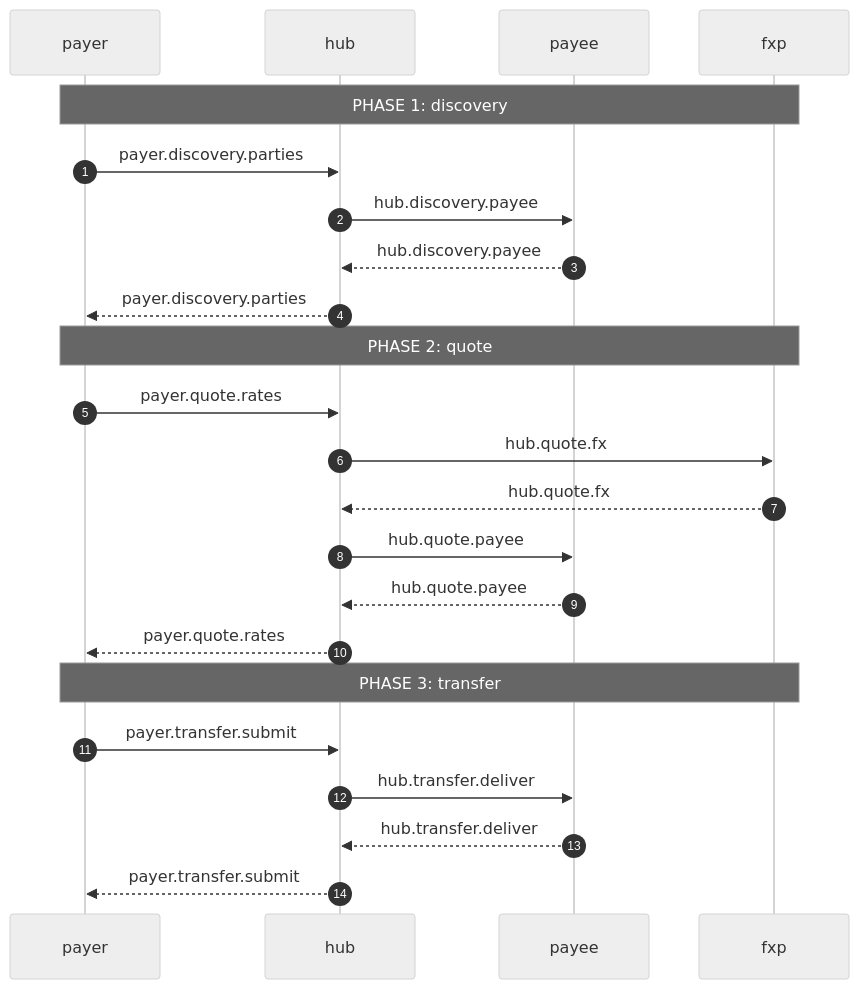
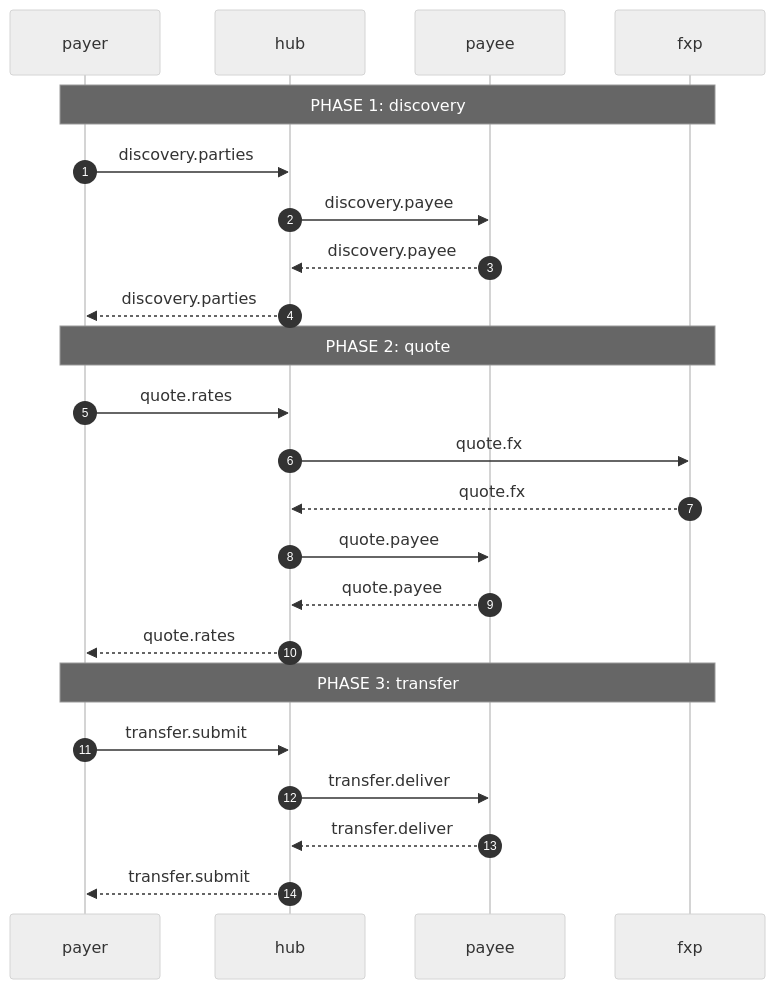
The first of 2 diagrams in core/semantic-log/docs/observed-flows.md (feasibleone/blong), drawn with Mermaid (neutral theme) before and after one commit. The commit also changed other lines of this file and 47 other files, not shown here.

````diff
--- a/core/semantic-log/docs/observed-flows.md
+++ b/core/semantic-log/docs/observed-flows.md
@@ -38,25 +38,25 @@
 ```mermaid
 sequenceDiagram
     autonumber
     participant payer
     participant hub
     participant payee
     participant fxp
     Note over payer, fxp: PHASE 1: discovery
-    payer->>hub: payer.discovery.parties
-    hub->>payee: hub.discovery.payee
-    payee-->>hub: hub.discovery.payee
-    hub-->>payer: payer.discovery.parties
+    payer->>hub: discovery.parties
+    hub->>payee: discovery.payee
+    payee-->>hub: discovery.payee
+    hub-->>payer: discovery.parties
     Note over payer, fxp: PHASE 2: quote
-    payer->>hub: payer.quote.rates
-    hub->>fxp: hub.quote.fx
-    fxp-->>hub: hub.quote.fx
-    hub->>payee: hub.quote.payee
-    payee-->>hub: hub.quote.payee
-    hub-->>payer: payer.quote.rates
+    payer->>hub: quote.rates
+    hub->>fxp: quote.fx
+    fxp-->>hub: quote.fx
+    hub->>payee: quote.payee
+    payee-->>hub: quote.payee
+    hub-->>payer: quote.rates
     Note over payer, fxp: PHASE 3: transfer
-    payer->>hub: payer.transfer.submit
-    hub->>payee: hub.transfer.deliver
-    payee-->>hub: hub.transfer.deliver
-    hub-->>payer: payer.transfer.submit
+    payer->>hub: transfer.submit
+    hub->>payee: transfer.deliver
+    payee-->>hub: transfer.deliver
+    hub-->>payer: transfer.submit
 ```
````
